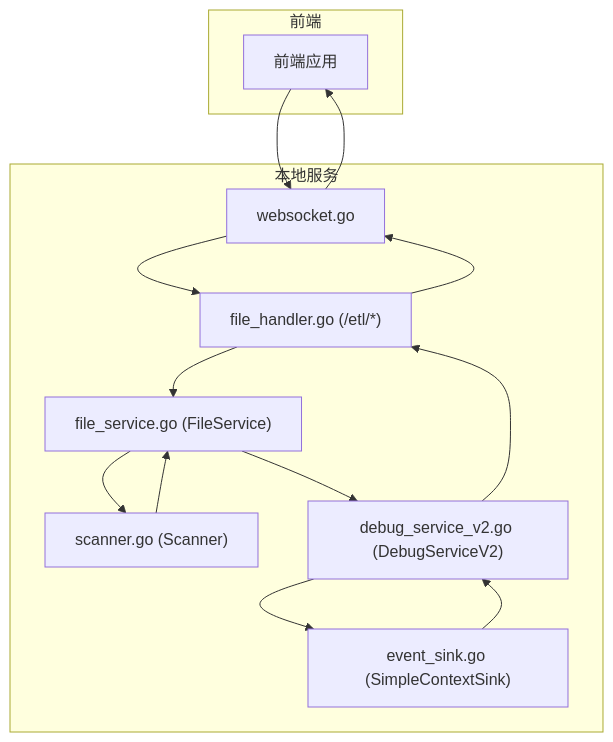
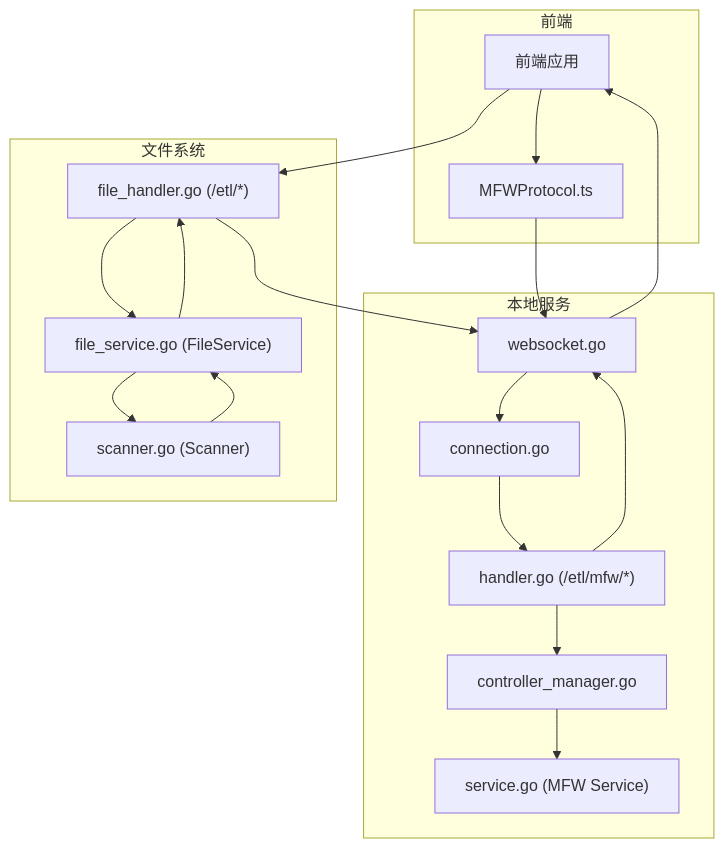
One commit to kqcoxn/MaaPipelineEditor changed the first of 3 diagrams in .qoder/repowiki/zh/content/开发者指南/LocalBridge 通信协议.md. Above: the diagram before and after it, drawn with Mermaid. The commit also changed other lines of this file and 10 other files, not shown here.

````diff
--- a/.qoder/repowiki/zh/content/开发者指南/LocalBridge 通信协议.md
+++ b/.qoder/repowiki/zh/content/开发者指南/LocalBridge 通信协议.md
@@ -52,25 +54,33 @@
 ```mermaid
 graph TB
 subgraph "前端"
 FE["前端应用"]
+MFWP["MFWProtocol.ts"]
 end
 subgraph "本地服务"
 WS["websocket.go"]
+CONN["connection.go"]
+MFWH["handler.go (/etl/mfw/*)"]
+CM["controller_manager.go"]
+MS["service.go (MFW Service)"]
+end
+subgraph "文件系统"
 FH["file_handler.go (/etl/*)"]
 FS["file_service.go (FileService)"]
 SC["scanner.go (Scanner)"]
-DS["debug_service_v2.go (DebugServiceV2)"]
-SK["event_sink.go (SimpleContextSink)"]
 end
-FE --> WS
-WS --> FH
+FE --> MFWP
+MFWP --> WS
+WS --> CONN
+CONN --> MFWH
+MFWH --> CM
+CM --> MS
+MFWH --> WS
+WS --> FE
+FE --> FH
 FH --> FS
 FS --> SC
 SC --> FS
-FS --> DS
-DS --> SK
-SK --> DS
-DS --> FH
+FS --> FH
 FH --> WS
-WS --> FE
 ```
````
